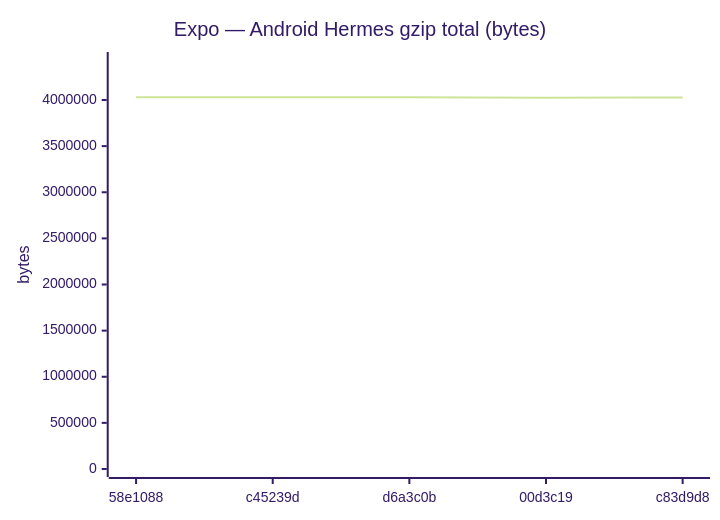
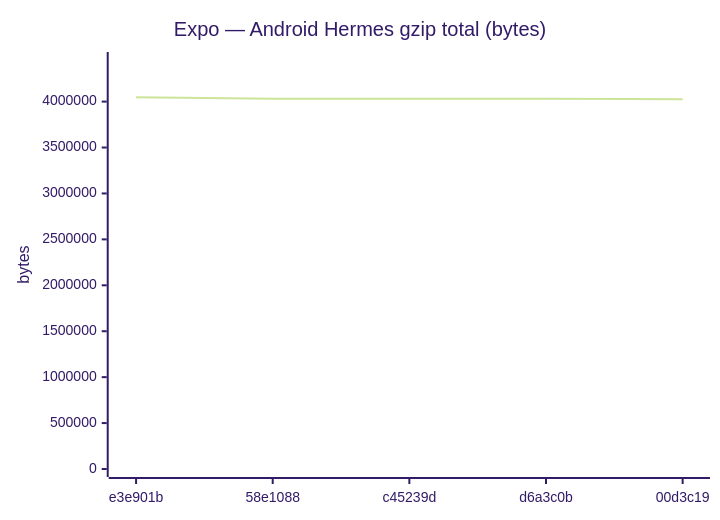
Diagram 11 of 18 in benchmarks/compare.md (Metaheurist/Rianell), drawn with Mermaid (forest theme) before and after one commit. The commit also changed other lines of this file and 11 other files, not shown here.

````diff
--- a/benchmarks/compare.md
+++ b/benchmarks/compare.md
@@ -172,7 +172,7 @@
 ```mermaid
 xychart-beta
     title "Expo — Android Hermes gzip total (bytes)"
-    x-axis ["58e1088", "c45239d", "d6a3c0b", "00d3c19", "c83d9d8"]
-    y-axis "bytes" 0 --> 4433703
-    line [4030638, 4030634, 4030639, 4025609, 4026084]
+    x-axis ["e3e901b", "58e1088", "c45239d", "d6a3c0b", "00d3c19"]
+    y-axis "bytes" 0 --> 4452901
+    line [4048091, 4030638, 4030634, 4030639, 4025609]
 ```
````
